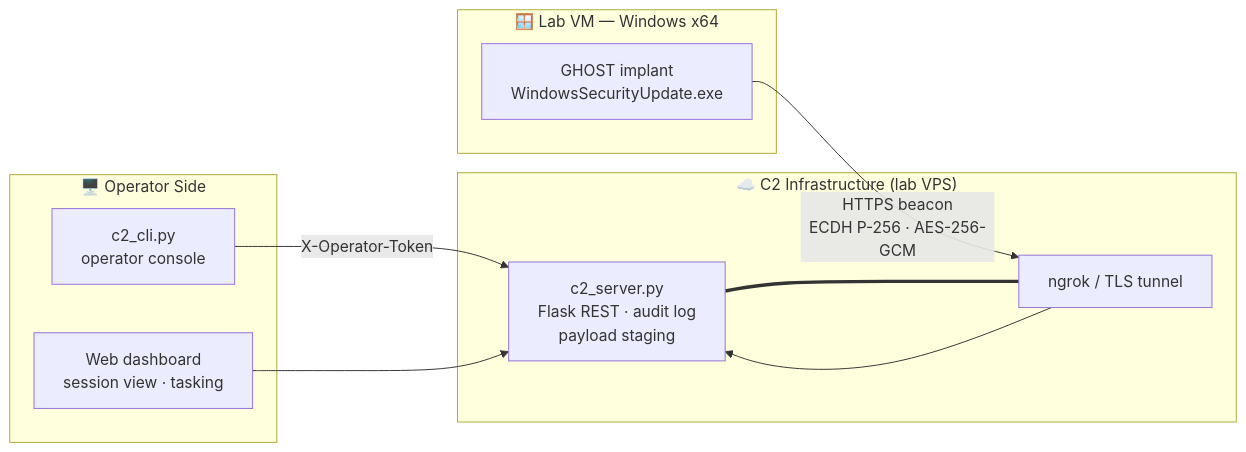
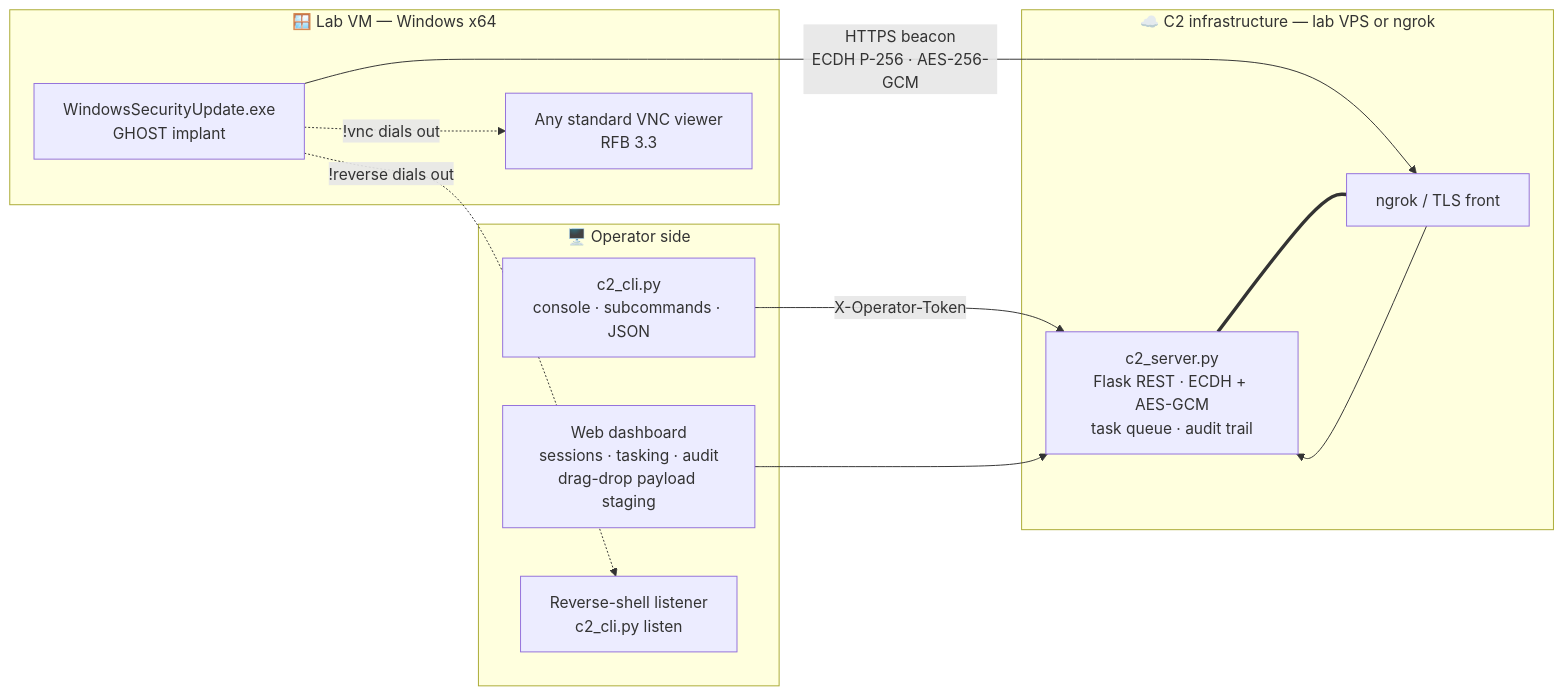
One commit to kalidada18/ghostimplant changed the first of 3 diagrams in README.md. Above: the diagram before and after it, drawn with Mermaid. The commit also changed other lines of this file, not shown here.

````diff
--- a/README.md
+++ b/README.md
@@ -52,22 +150,26 @@
 ```mermaid
 flowchart LR
-    subgraph OPS["🖥️ Operator Side"]
-        CLI["c2_cli.py<br/>operator console"]
-        DASH["Web dashboard<br/>session view · tasking"]
+    subgraph OPS["🖥️ Operator side"]
+        CLI["c2_cli.py<br/>console · subcommands · JSON"]
+        DASH["Web dashboard<br/>sessions · tasking · audit<br/>drag-drop payload staging"]
+        LIS["Reverse-shell listener<br/>c2_cli.py listen"]
     end
 
-    subgraph INFRA["☁️ C2 Infrastructure (lab VPS)"]
-        SRV["c2_server.py<br/>Flask REST · audit log<br/>payload staging"]
-        TUN["ngrok / TLS tunnel"]
+    subgraph INFRA["☁️ C2 infrastructure — lab VPS or ngrok"]
+        SRV["c2_server.py<br/>Flask REST · ECDH + AES-GCM<br/>task queue · audit trail"]
+        TUN["ngrok / TLS front"]
     end
 
-    subgraph VICTIM["🪟 Lab VM — Windows x64"]
-        IMPLANT["GHOST implant<br/>WindowsSecurityUpdate.exe"]
+    subgraph LAB["🪟 Lab VM — Windows x64"]
+        IMPL["WindowsSecurityUpdate.exe<br/>GHOST implant"]
+        VNC["Any standard VNC viewer<br/>RFB 3.3"]
     end
 
     CLI -->|"X-Operator-Token"| SRV
     DASH --> SRV
     SRV === TUN
-    IMPLANT -->|"HTTPS beacon<br/>ECDH P-256 · AES-256-GCM"| TUN
+    IMPL -->|"HTTPS beacon<br/>ECDH P-256 · AES-256-GCM"| TUN
     TUN --> SRV
+    IMPL -.->|"!vnc dials out"| VNC
+    IMPL -.->|"!reverse dials out"| LIS
 ```
````
